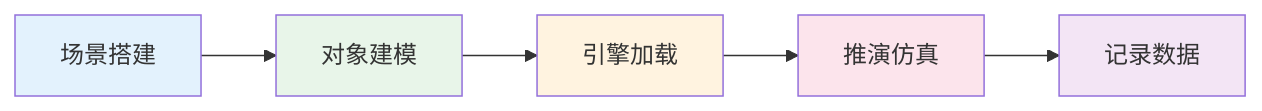
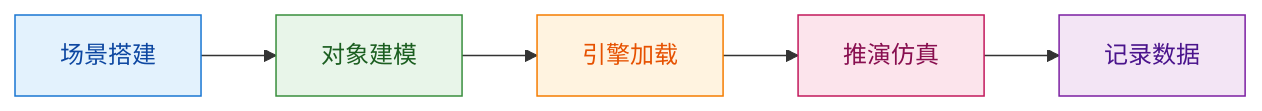
Before and after one commit to GavinSil/omnetpp: the first of 15 diagrams in doc/design/sim-doc-redesign.md, drawn with Mermaid. The commit also changed other lines of this file, not shown here.

````diff
--- a/doc/design/sim-doc-redesign.md
+++ b/doc/design/sim-doc-redesign.md
@@ -90,13 +9,13 @@
 ```mermaid
 flowchart LR
     A[场景搭建] --> B[对象建模]
     B --> C[引擎加载]
     C --> D[推演仿真]
     D --> E[记录数据]
-    
-    style A fill:#e3f2fd
-    style B fill:#e8f5e9
-    style C fill:#fff3e0
-    style D fill:#fce4ec
-    style E fill:#f3e5f5
+
+    style A fill:#e3f2fd,stroke:#1976D2,color:#0D47A1
+    style B fill:#e8f5e9,stroke:#388E3C,color:#1B5E20
+    style C fill:#fff3e0,stroke:#F57C00,color:#E65100
+    style D fill:#fce4ec,stroke:#C2185B,color:#880E4F
+    style E fill:#f3e5f5,stroke:#7B1FA2,color:#4A148C
 ```
````
